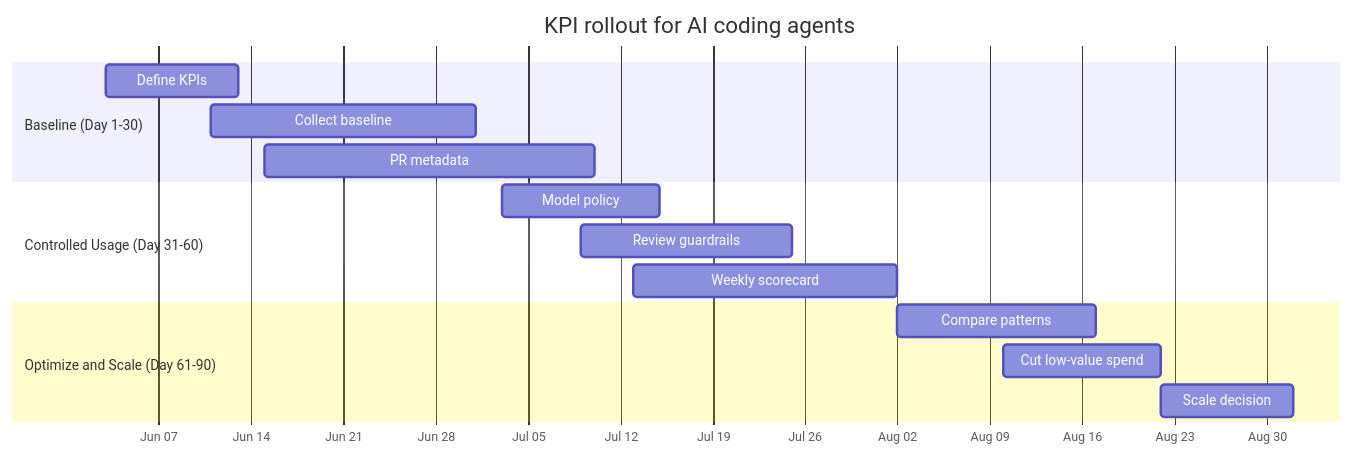
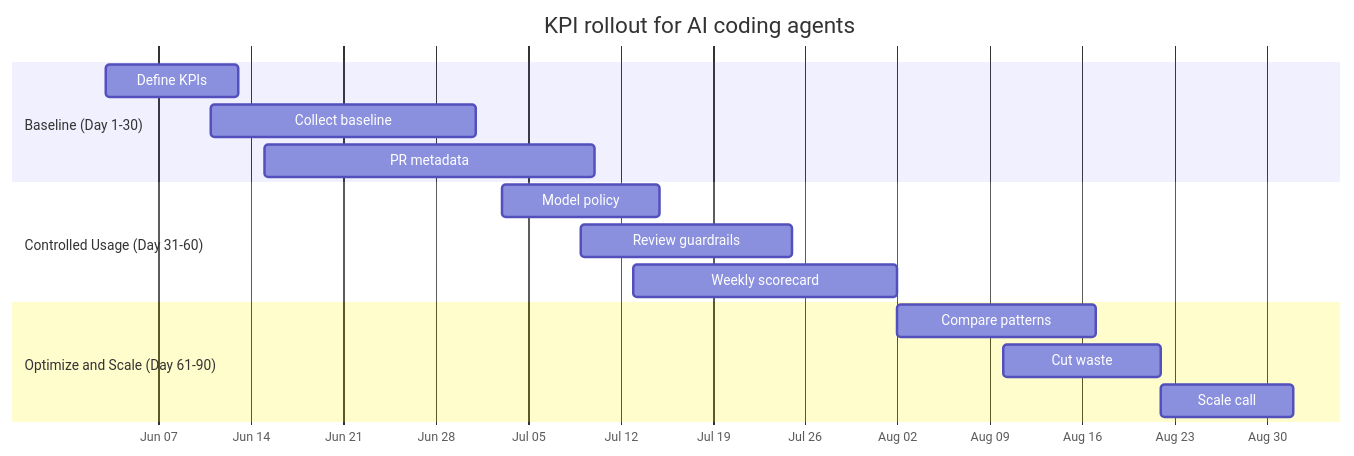
Before and after one commit to hiddedesmet/myblog: the diagram in _posts/2026-05-29-ai-coding-agents-need-kpis.md, drawn with Mermaid.

Commit message:
fix: update terminology in KPI rollout plan for clarity

````diff
--- a/_posts/2026-05-29-ai-coding-agents-need-kpis.md
+++ b/_posts/2026-05-29-ai-coding-agents-need-kpis.md
@@ -156,22 +156,22 @@
 ```mermaid
 %%{init: {"gantt": {"barHeight": 26, "barGap": 6}}}%%
 gantt
     title KPI rollout for AI coding agents
     dateFormat  YYYY-MM-DD
     axisFormat  %b %d
 
     section Baseline (Day 1-30)
   Define KPIs                    :2026-06-03, 10d
   Collect baseline               :2026-06-11, 20d
   PR metadata                    :2026-06-15, 25d
 
     section Controlled Usage (Day 31-60)
   Model policy                   :2026-07-03, 12d
   Review guardrails              :2026-07-09, 16d
   Weekly scorecard               :2026-07-13, 20d
 
     section Optimize and Scale (Day 61-90)
   Compare patterns               :2026-08-02, 15d
-  Cut low-value spend            :2026-08-10, 12d
-  Scale decision                 :2026-08-22, 10d
+  Cut waste                      :2026-08-10, 12d
+  Scale call                     :2026-08-22, 10d
 ```
````
